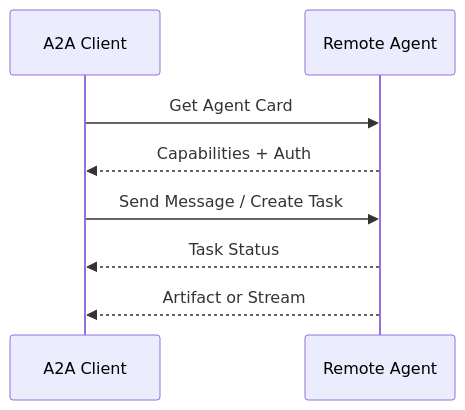
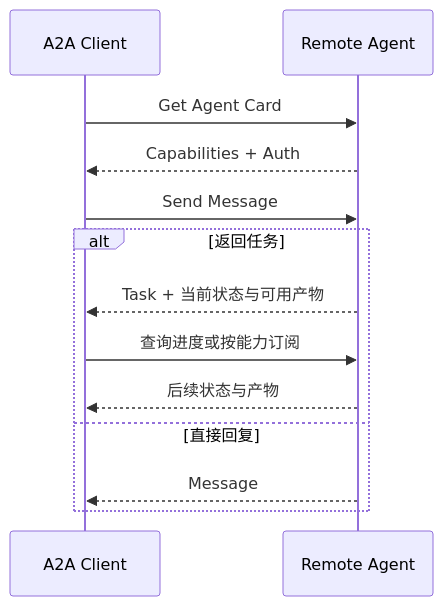
One commit to oneleaveknowsthefall/awesome-ai-roadmap changed diagram 19 of 24 in docs/agent/04-multi-agent/13-multi-agent-coordination.md. Above: the diagram before and after it, drawn with Mermaid. The commit also changed other lines of this file and 34 other files, not shown here.

````diff
--- a/docs/agent/04-multi-agent/13-multi-agent-coordination.md
+++ b/docs/agent/04-multi-agent/13-multi-agent-coordination.md
@@ -1028,11 +1035,16 @@
 ```mermaid
 sequenceDiagram
     participant C as A2A Client
     participant S as Remote Agent
 
     C->>S: Get Agent Card
     S-->>C: Capabilities + Auth
-    C->>S: Send Message / Create Task
-    S-->>C: Task Status
-    S-->>C: Artifact or Stream
+    C->>S: Send Message
+    alt 返回任务
+        S-->>C: Task + 当前状态与可用产物
+        C->>S: 查询进度或按能力订阅
+        S-->>C: 后续状态与产物
+    else 直接回复
+        S-->>C: Message
+    end
 ```
````
